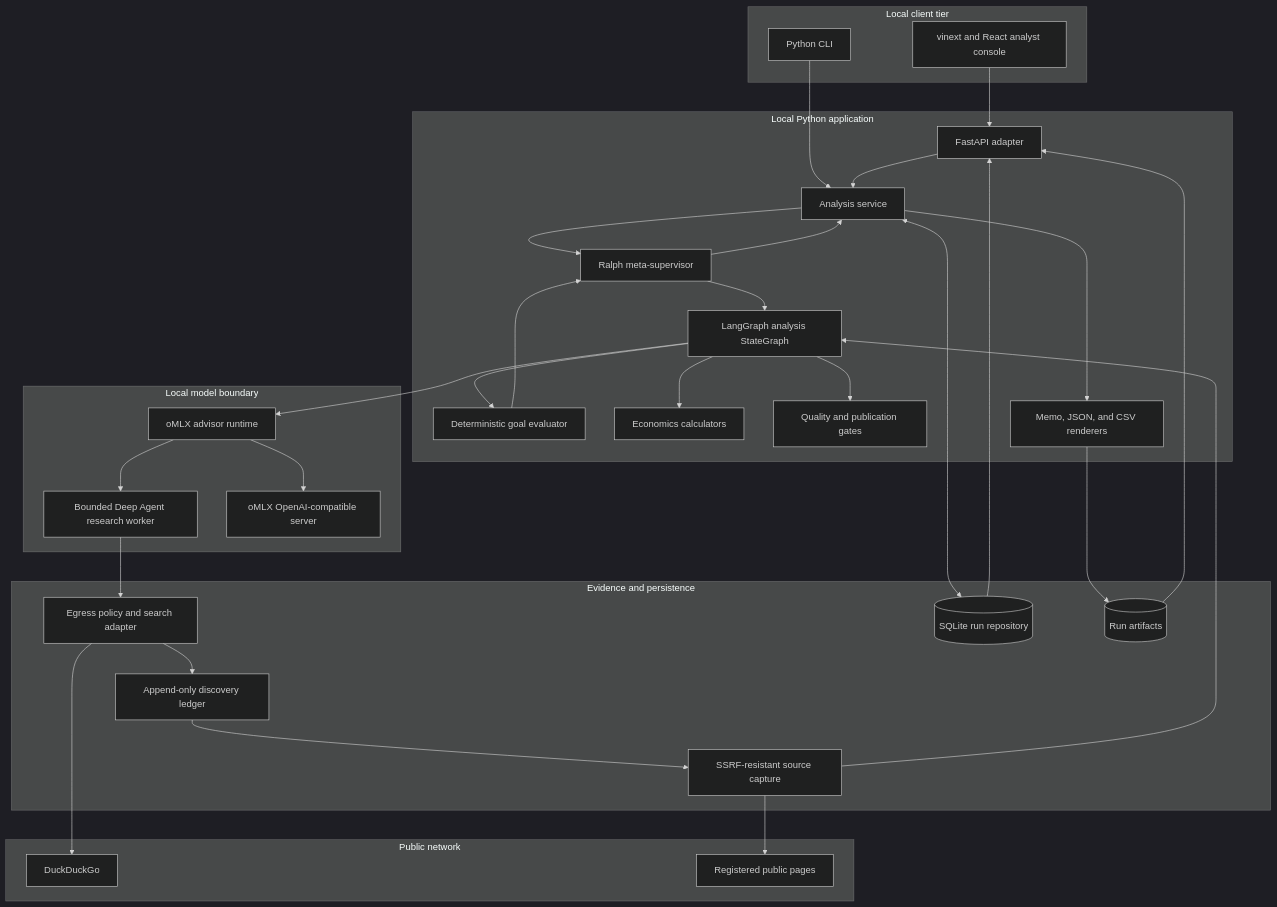
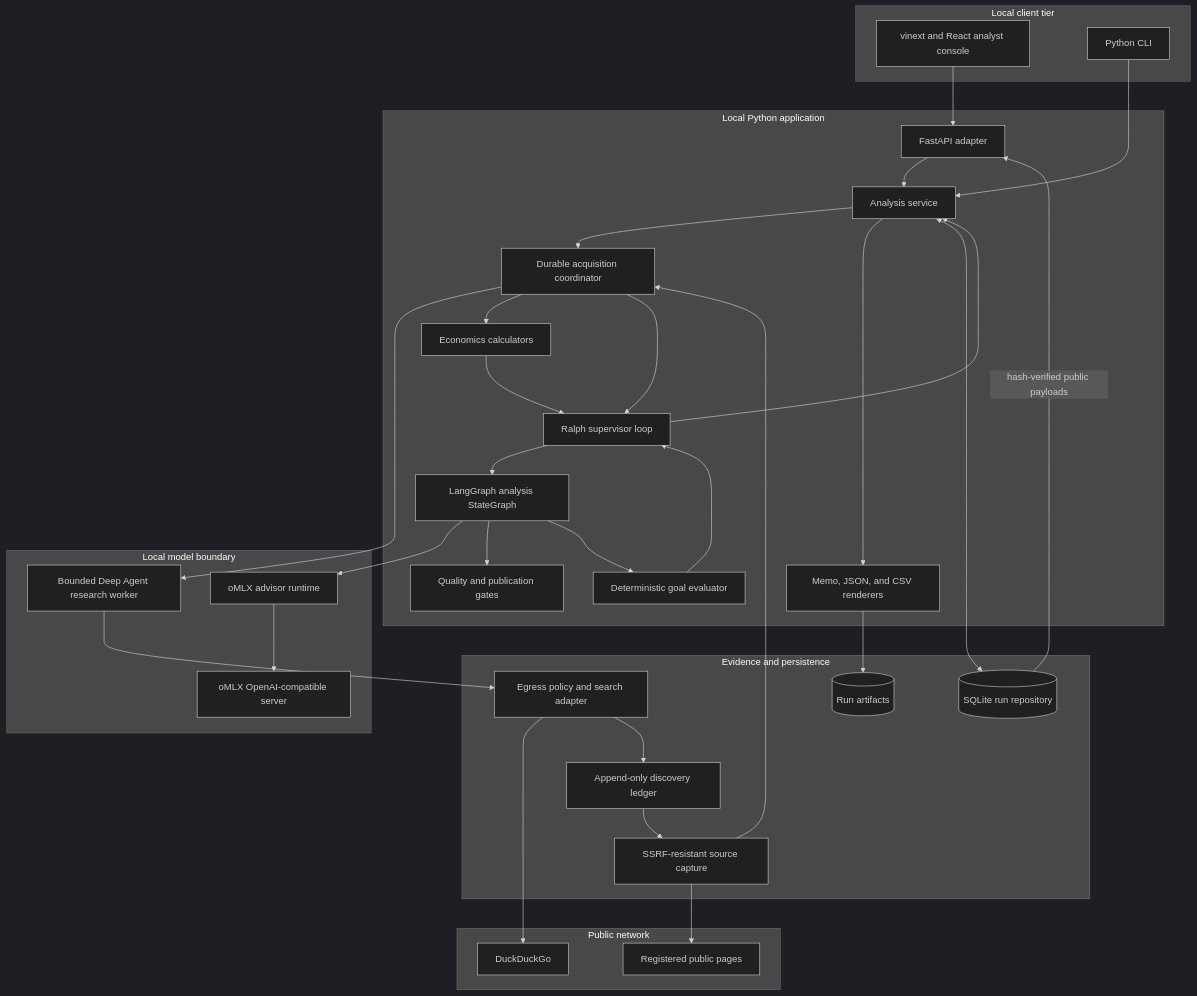
The first of 5 diagrams in docs/technical/architecture.md (sw30labs/PorterForcesAI), drawn with Mermaid (dark theme) before and after one commit. The commit also changed other lines of this file and 14 other files, not shown here.

````diff
--- a/docs/technical/architecture.md
+++ b/docs/technical/architecture.md
@@ -38,62 +42,64 @@
 ```mermaid
 flowchart TB
     subgraph Client[Local client tier]
         UI[vinext and React analyst console]
         CLI[Python CLI]
     end
 
     subgraph Application[Local Python application]
         API[FastAPI adapter]
         SVC[Analysis service]
-        RALPH[Ralph meta-supervisor]
+        ACQUIRE[Durable acquisition coordinator]
+        RALPH[Ralph supervisor loop]
         GRAPH[LangGraph analysis StateGraph]
         EVAL[Deterministic goal evaluator]
         CALC[Economics calculators]
         GATE[Quality and publication gates]
         RENDER[Memo, JSON, and CSV renderers]
     end
 
     subgraph Intelligence[Local model boundary]
         RUNTIME[oMLX advisor runtime]
         AGENT[Bounded Deep Agent research worker]
         OMLX[oMLX OpenAI-compatible server]
     end
 
     subgraph Evidence[Evidence and persistence]
         QUERY[Egress policy and search adapter]
         DISCOVERY[Append-only discovery ledger]
         CAPTURE[SSRF-resistant source capture]
         REPO[(SQLite run repository)]
         FILES[(Run artifacts)]
     end
 
     subgraph Public[Public network]
         DDG[DuckDuckGo]
         WEB[Registered public pages]
     end
 
     UI --> API
     CLI --> SVC
     API --> SVC
-    SVC --> RALPH
-    RALPH --> GRAPH
-    GRAPH --> RUNTIME
-    RUNTIME --> OMLX
-    RUNTIME --> AGENT
+    SVC --> ACQUIRE
+    ACQUIRE --> AGENT
     AGENT --> QUERY
     QUERY --> DDG
     QUERY --> DISCOVERY
     DISCOVERY --> CAPTURE
     CAPTURE --> WEB
-    CAPTURE --> GRAPH
-    GRAPH --> CALC
+    CAPTURE --> ACQUIRE
+    ACQUIRE --> CALC
+    ACQUIRE --> RALPH
+    CALC --> RALPH
+    RALPH --> GRAPH
+    GRAPH --> RUNTIME
+    RUNTIME --> OMLX
     GRAPH --> GATE
     GRAPH --> EVAL
     EVAL --> RALPH
     RALPH --> SVC
     SVC --> RENDER
     SVC <--> REPO
     RENDER --> FILES
-    REPO --> API
-    FILES --> API
+    REPO -->|hash-verified public payloads| API
 ```
````
